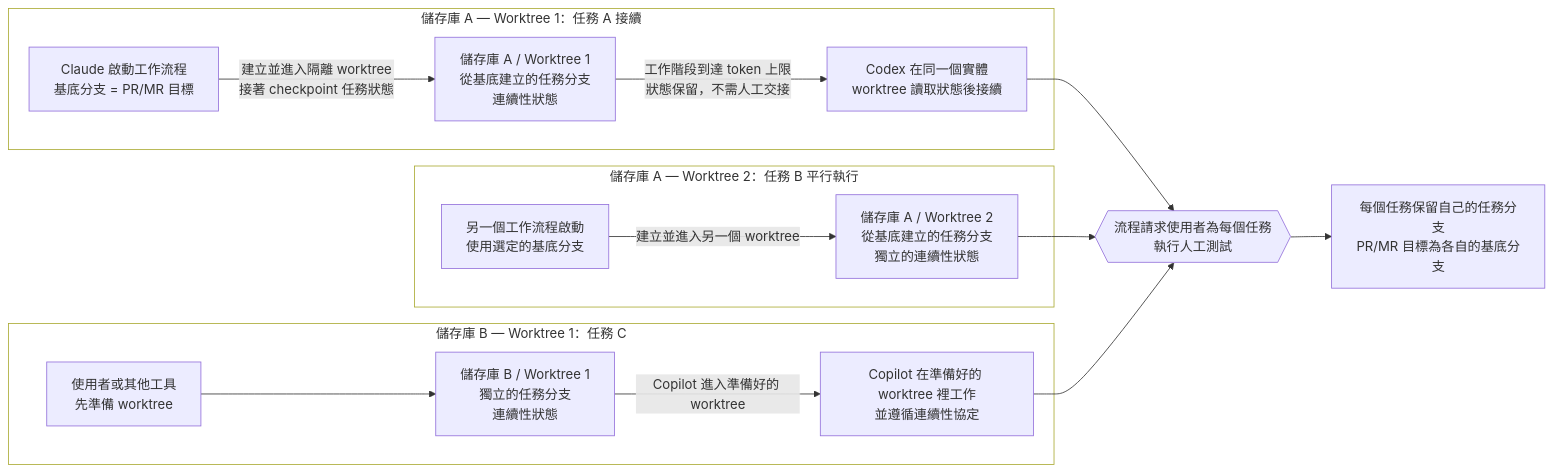
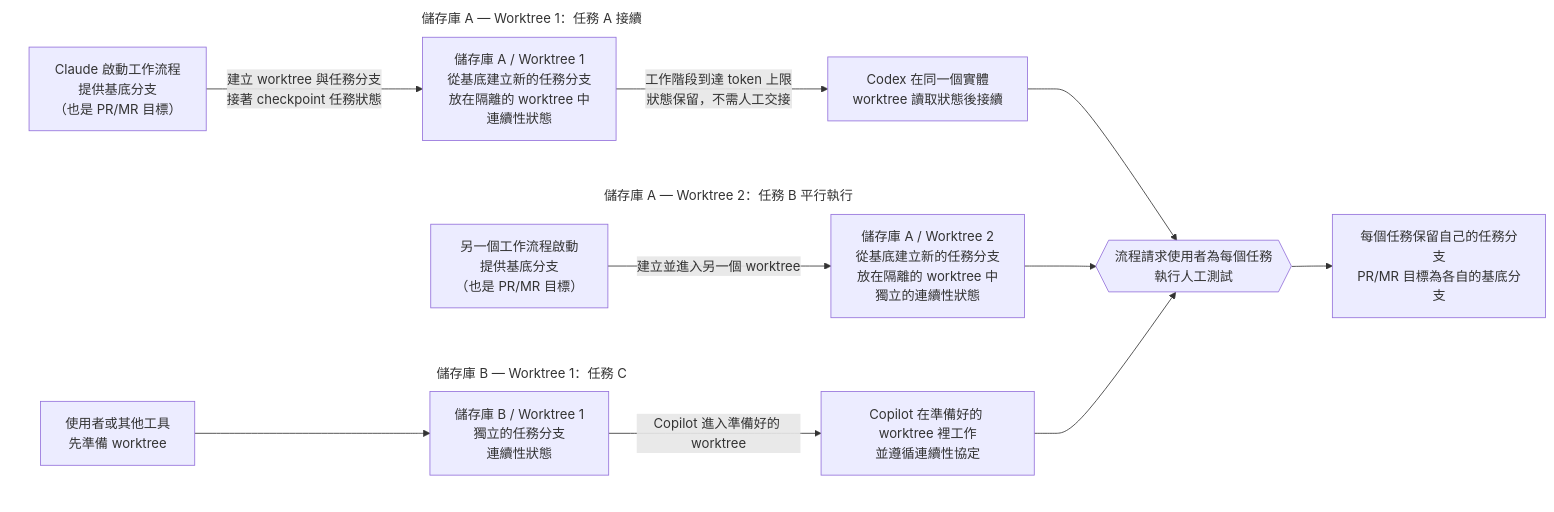
One commit to sherrilla71940/personal-agentic-dev-environment changed the fourth of 4 diagrams in README.zh-TW.md. Above: the diagram before and after it, drawn with Mermaid. The commit also changed other lines of this file and 1 other file, not shown here.

Commit message:
docs(readme): add continuity lifecycle diagram

````diff
--- a/README.zh-TW.md
+++ b/README.zh-TW.md
@@ -317,33 +382,37 @@
 ```mermaid
 %%{init: {"themeVariables": {"clusterBkg": "transparent"}, "flowchart": {"useMaxWidth": false}}}%%
 flowchart LR
     subgraph taskA["儲存庫 A — Worktree 1：任務 A 接續"]
-        claudeA["Claude 啟動工作流程<br/>基底分支 = PR/MR 目標"]
-        workA["儲存庫 A / Worktree 1<br/>從基底建立的任務分支<br/>連續性狀態"]
+        claudeA["Claude 啟動工作流程<br/>提供基底分支<br/>（也是 PR/MR 目標）"]
+        workA["儲存庫 A / Worktree 1<br/>從基底建立新的任務分支<br/>放在隔離的 worktree 中<br/>連續性狀態"]
         codexA["Codex 在同一個實體<br/>worktree 讀取狀態後接續"]
-        claudeA -->|"建立並進入隔離 worktree<br/>接著 checkpoint 任務狀態"| workA
+        claudeA -->|"建立 worktree 與任務分支<br/>接著 checkpoint 任務狀態"| workA
         workA -->|"工作階段到達 token 上限<br/>狀態保留，不需人工交接"| codexA
     end
 
     subgraph taskB["儲存庫 A — Worktree 2：任務 B 平行執行"]
-        claudeB["另一個工作流程啟動<br/>使用選定的基底分支"]
-        workB["儲存庫 A / Worktree 2<br/>從基底建立的任務分支<br/>獨立的連續性狀態"]
+        claudeB["另一個工作流程啟動<br/>提供基底分支<br/>（也是 PR/MR 目標）"]
+        workB["儲存庫 A / Worktree 2<br/>從基底建立新的任務分支<br/>放在隔離的 worktree 中<br/>獨立的連續性狀態"]
         claudeB -->|"建立並進入另一個 worktree"| workB
     end
 
     subgraph taskC["儲存庫 B — Worktree 1：任務 C"]
         prepC["使用者或其他工具<br/>先準備 worktree"]
         workC["儲存庫 B / Worktree 1<br/>獨立的任務分支<br/>連續性狀態"]
         copilotC["Copilot 在準備好的 worktree 裡工作<br/>並遵循連續性協定"]
         prepC --> workC
         workC -->|"Copilot 進入準備好的 worktree"| copilotC
     end
 
     gate{{"流程請求使用者為每個任務<br/>執行人工測試"}}
     out["每個任務保留自己的任務分支<br/>PR/MR 目標為各自的基底分支"]
 
     codexA --> gate
     workB --> gate
     copilotC --> gate
     gate --> out
+
+    style taskA fill:none,stroke:transparent
+    style taskB fill:none,stroke:transparent
+    style taskC fill:none,stroke:transparent
 ```
````
